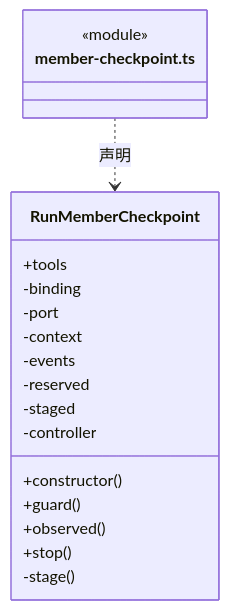
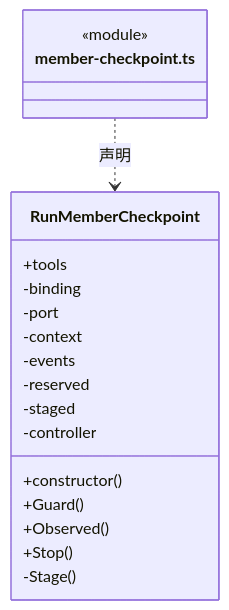
Before and after one commit to nan023062/cbim: the second of 18 diagrams in src/logic/execution/rules/capabilities/ARCHITECTURE.md, drawn with Mermaid. The commit also changed other lines of this file and 1035 other files, not shown here.

````diff
--- a/src/logic/execution/rules/capabilities/ARCHITECTURE.md
+++ b/src/logic/execution/rules/capabilities/ARCHITECTURE.md
@@ -66,22 +66,22 @@
 ```mermaid
 classDiagram
 class N_src_logic_execution_rules_capabilities_member_checkpoint_ts["member-checkpoint.ts"] {
   <<module>>
 }
 class N_src_logic_execution_rules_capabilities_member_checkpoint_ts_RunMemberCheckpoint["RunMemberCheckpoint"] {
   +tools
   +constructor()
-  +guard()
-  +observed()
-  +stop()
+  +Guard()
+  +Observed()
+  +Stop()
   -binding
   -port
   -context
   -events
   -reserved
   -staged
   -controller
-  -stage()
+  -Stage()
 }
 N_src_logic_execution_rules_capabilities_member_checkpoint_ts ..> N_src_logic_execution_rules_capabilities_member_checkpoint_ts_RunMemberCheckpoint : 声明
 ```
````
